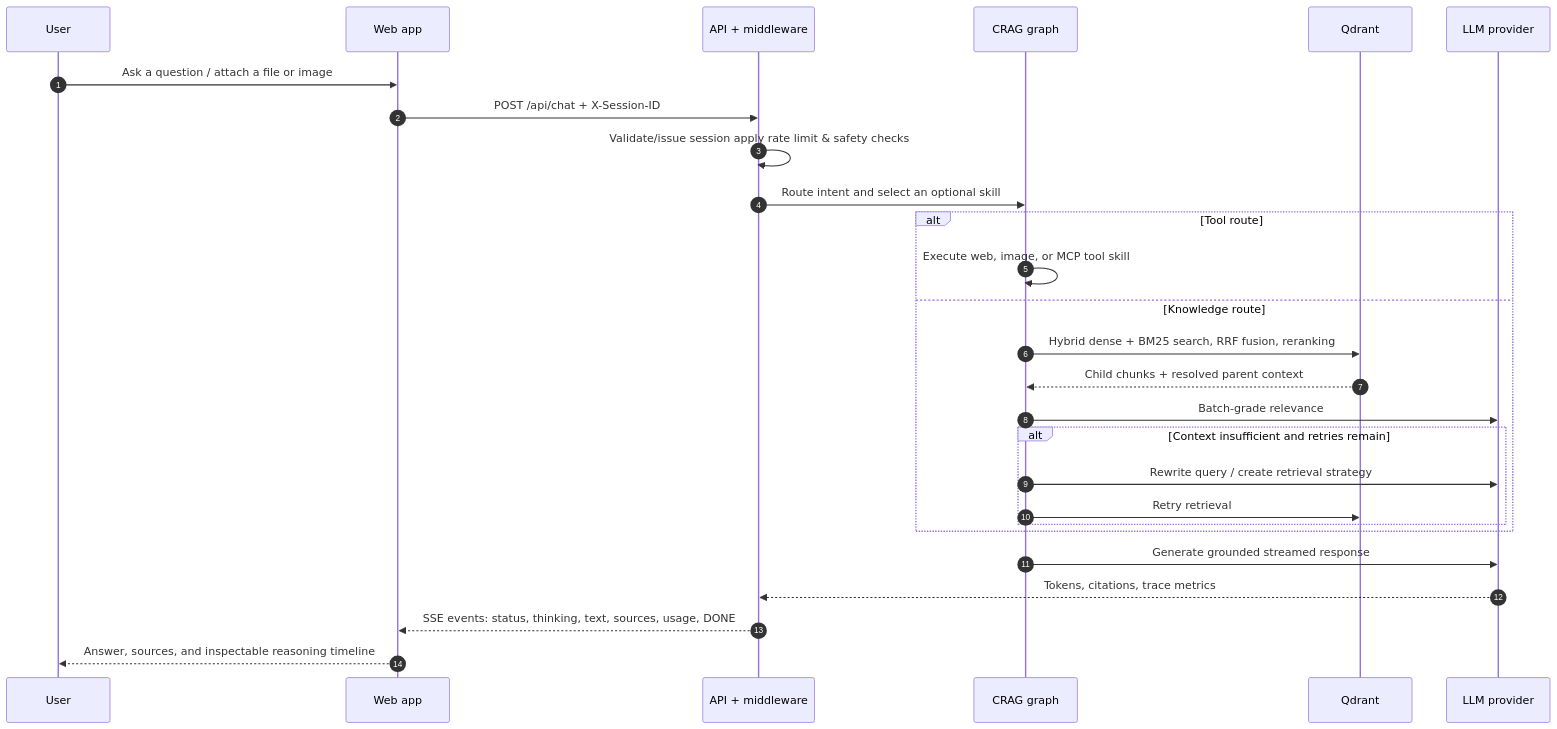
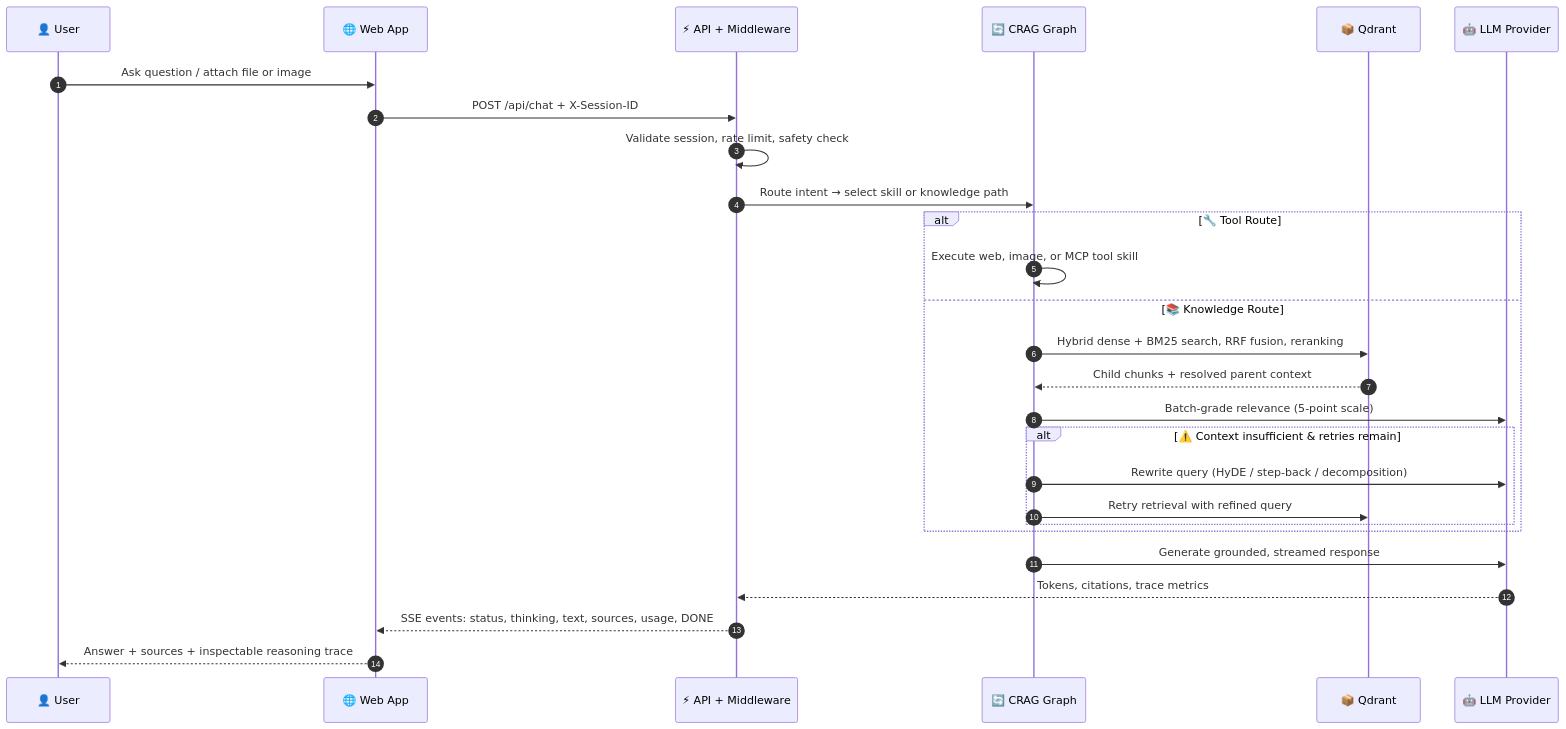
The diagram in README.md (Vignesh-Manivasakam/Lumina), drawn with Mermaid before and after one commit. The commit also changed other lines of this file, not shown here.

Commit message:
docs: comprehensive README rewrite with full architecture, API reference, skills catalog, and deployment guide

````diff
--- a/README.md
+++ b/README.md
@@ -86,30 +140,30 @@
 ```mermaid
 sequenceDiagram
   autonumber
-  participant U as User
-  participant W as Web app
-  participant A as API + middleware
-  participant G as CRAG graph
-  participant V as Qdrant
-  participant L as LLM provider
+  participant U as 👤 User
+  participant W as 🌐 Web App
+  participant A as ⚡ API + Middleware
+  participant G as 🔄 CRAG Graph
+  participant V as 📦 Qdrant
+  participant L as 🤖 LLM Provider
 
-  U->>W: Ask a question / attach a file or image
+  U->>W: Ask question / attach file or image
   W->>A: POST /api/chat + X-Session-ID
-  A->>A: Validate/issue session apply rate limit & safety checks
-  A->>G: Route intent and select an optional skill
-  alt Tool route
+  A->>A: Validate session, rate limit, safety check
+  A->>G: Route intent → select skill or knowledge path
+  alt 🔧 Tool Route
     G->>G: Execute web, image, or MCP tool skill
-  else Knowledge route
+  else 📚 Knowledge Route
     G->>V: Hybrid dense + BM25 search, RRF fusion, reranking
     V-->>G: Child chunks + resolved parent context
-    G->>L: Batch-grade relevance
-    alt Context insufficient and retries remain
-      G->>L: Rewrite query / create retrieval strategy
-      G->>V: Retry retrieval
+    G->>L: Batch-grade relevance (5-point scale)
+    alt ⚠️ Context insufficient & retries remain
+      G->>L: Rewrite query (HyDE / step-back / decomposition)
+      G->>V: Retry retrieval with refined query
     end
   end
-  G->>L: Generate grounded streamed response
+  G->>L: Generate grounded, streamed response
   L-->>A: Tokens, citations, trace metrics
   A-->>W: SSE events: status, thinking, text, sources, usage, DONE
-  W-->>U: Answer, sources, and inspectable reasoning timeline
+  W-->>U: Answer + sources + inspectable reasoning trace
 ```
````
